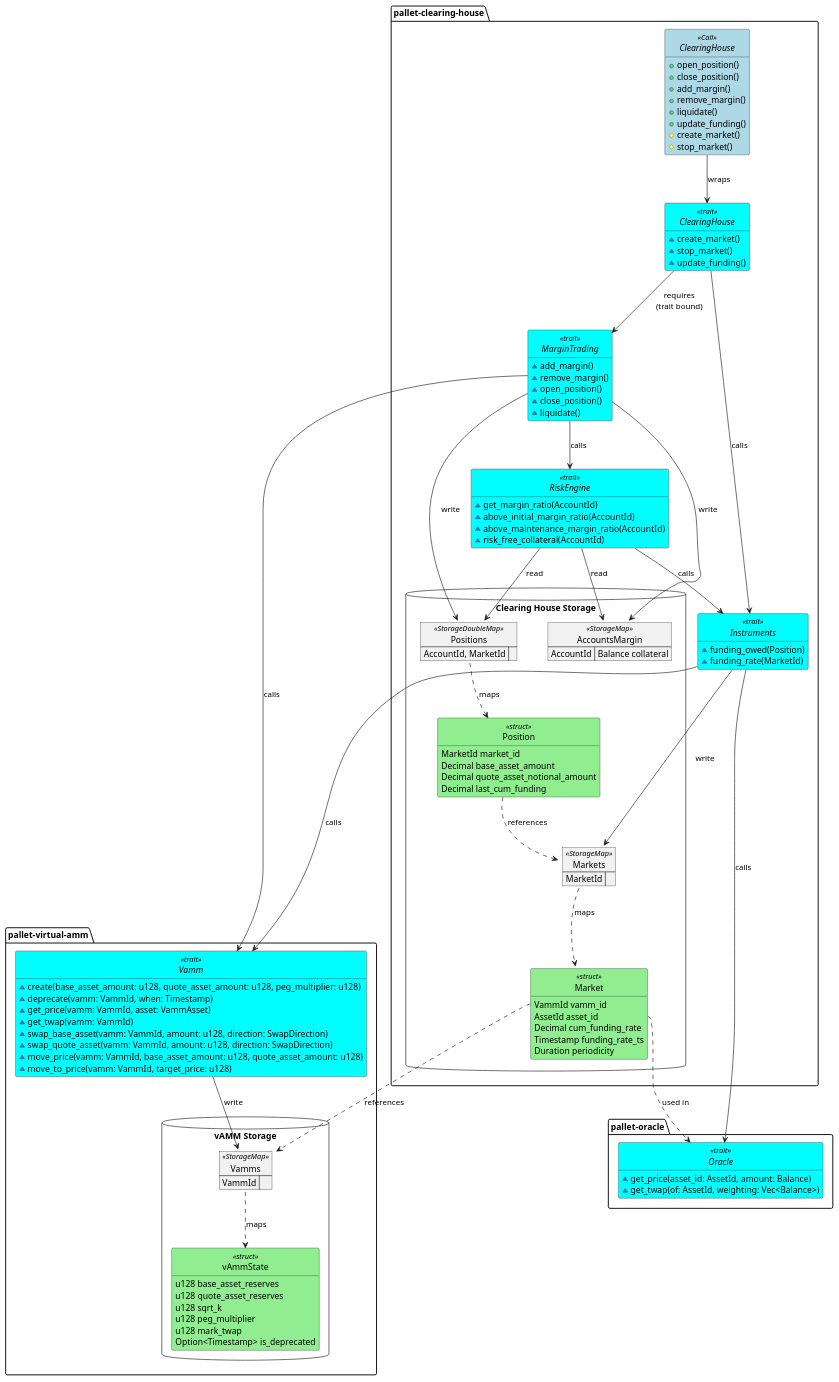
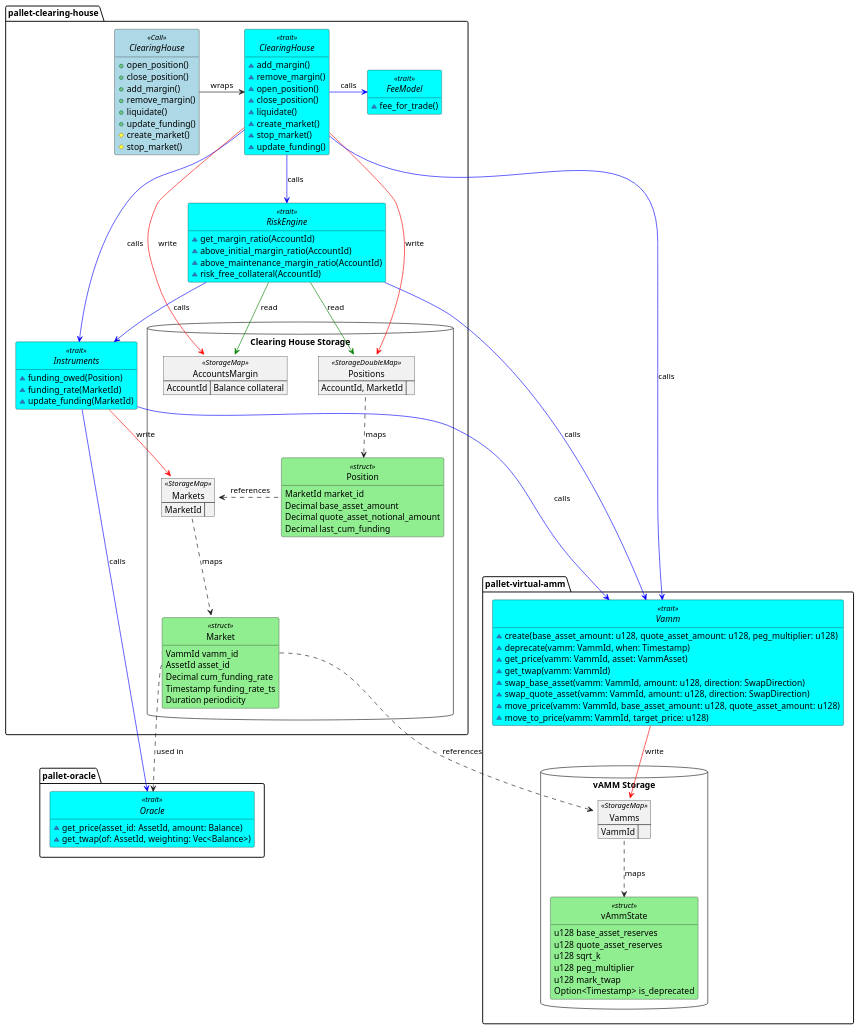
Before and after one commit to ComposableFi/composable: the diagram in frame/clearing-house/diagrams/clearing-house.plantuml, drawn with PlantUML. The commit also changed 1 other file, not shown here.

Commit message:
docs(CH): update diagrams
* Merge MarginTrading into ClearingHouse trait
* Add color coding to relationships
* Add FeeModel trait

```diff
--- a/frame/clearing-house/diagrams/clearing-house.plantuml
+++ b/frame/clearing-house/diagrams/clearing-house.plantuml
@@ -1,165 +1,167 @@
 @startuml clearing-house
 
 <style>
 .struct {
     BackgroundColor LightGreen
 }
 .Call {
     BackgroundColor LightBlue
 }
 .trait {
     BackgroundColor Cyan
 }
 </style>
 
 package "pallet-clearing-house" {
     interface ClearingHouse <<Call>> {
         + open_position()
         + close_position()
         + add_margin()
         + remove_margin()
         + liquidate()
         + update_funding()
         # create_market()
         # stop_market()
     }
 
     interface "ClearingHouse" as CH <<trait>> {
-        ~ create_market()
-        ~ stop_market()
-        ~ update_funding()
-    }
-    
-    interface "MarginTrading" as MTTrait <<trait>> {
         ~ add_margin()
         ~ remove_margin()
         ~ open_position()
         ~ close_position()
         ~ liquidate()
+        ~ create_market()
+        ~ stop_market()
+        ~ update_funding()
     }
     
     interface "RiskEngine" as RETrait <<trait>> {
         ~ get_margin_ratio(AccountId)
         ~ above_initial_margin_ratio(AccountId)
         ~ above_maintenance_margin_ratio(AccountId)
         ~ risk_free_collateral(AccountId)
         '~ get_free_collateral()
     }
     
     interface "Instruments" as ITrait <<trait>> {
         ~ funding_owed(Position)
         ~ funding_rate(MarketId)
+        ~ update_funding(MarketId)
+    }
+
+    interface "FeeModel" as FTrait <<trait>> {
+        ~ fee_for_trade()
     }
 
     database "Clearing House Storage" {
         map "AccountsMargin" as MarginAccounts <<StorageMap>> {
             AccountId => Balance collateral
         }
 
         map Positions <<StorageDoubleMap>> {
             AccountId, MarketId =>
         }
 
         map Markets <<StorageMap>> {
             MarketId =>
         }
 
         class Position <<struct>> {
             MarketId market_id
             Decimal base_asset_amount
             Decimal quote_asset_notional_amount
             Decimal last_cum_funding
         }
 
         class Market <<struct>> {
             VammId vamm_id
             AssetId asset_id
             Decimal cum_funding_rate
             Timestamp funding_rate_ts
             Duration periodicity
         }
     }
 }
 
 package "pallet-virtual-amm" {
     interface "Vamm" as vAmm <<trait>> {
         ~ create(base_asset_amount: u128, quote_asset_amount: u128, peg_multiplier: u128)
         ~ deprecate(vamm: VammId, when: Timestamp)
         ~ get_price(vamm: VammId, asset: VammAsset)
         ~ get_twap(vamm: VammId)
         ~ swap_base_asset(vamm: VammId, amount: u128, direction: SwapDirection)
         ~ swap_quote_asset(vamm: VammId, amount: u128, direction: SwapDirection)
         ~ move_price(vamm: VammId, base_asset_amount: u128, quote_asset_amount: u128)
         ~ move_to_price(vamm: VammId, target_price: u128)
     }
     database "vAMM Storage" {
         map "Vamms" as vAmms <<StorageMap>> {
             VammId =>
         }
         class vAmmState <<struct>> {
             u128 base_asset_reserves
             u128 quote_asset_reserves
             u128 sqrt_k
             u128 peg_multiplier
             u128 mark_twap
             Option<Timestamp> is_deprecated
         }
     }
 }
 
 package "pallet-oracle" {
     interface Oracle <<trait>> {
         ~get_price(asset_id: AssetId, amount: Balance)
         ~get_twap(of: AssetId, weighting: Vec<Balance>)
     }
 }
 
 hide empty members
 hide circle
 
 '================== Storage relationships
-Markets ..> Market : maps
+Markets ..down> Market : maps
 Market::vamm_id ..> vAmms : references
 Market::asset_id ..> Oracle : used in
 
-Positions ..> Position: maps
-Position ..> Markets : references
+Positions ..down> Position: maps
+Position ..left> Markets : references
 
 '================== Control flow relationships             
-ClearingHouse --> CH : wraps
+ClearingHouse -> CH : wraps
 
-CH --> MTTrait : requires\n(trait bound)
-CH --> ITrait : calls
+CH -[#blue]-> ITrait : calls
 
 'add_margin
 'remove_margin
-MTTrait --> MarginAccounts : write
+CH -[#red]-> MarginAccounts : write
 
 'remove_margin
-MTTrait --> RETrait : calls
+CH -[#blue]-> RETrait : calls
 
 'open_position
 'close_position
 'liquidate
-MTTrait --> Positions : write
+CH -[#red]-> Positions : write
+CH -[#blue]right> FTrait : calls
 
 'open_position
 'close_position
-MTTrait --> vAmm : calls
+CH -[#blue]-> vAmm : calls
 
 'update_funding
-ITrait --> Markets : write
-ITrait --> Oracle : calls
-ITrait --> vAmm : calls
+ITrait -[#red]-> Markets : write
+ITrait -[#blue]-> Oracle : calls
+ITrait -[#blue]-> vAmm : calls
 
-'above_risk_threshold
-'risk_free_collateral
-RETrait --> MarginAccounts : read
-RETrait --> Positions : read
-RETrait --> ITrait : calls
+'get_margin_ratio
+RETrait -[#green]-> MarginAccounts : read
+RETrait -[#green]-> Positions : read
+RETrait -[#blue]-> ITrait : calls
+RETrait -[#blue]-> vAmm : calls
 
 'vAMM
-vAmm --> vAmms : write
+vAmm -[#red]-> vAmms : write
 vAmms ..> vAmmState : maps
 
 @enduml
```
